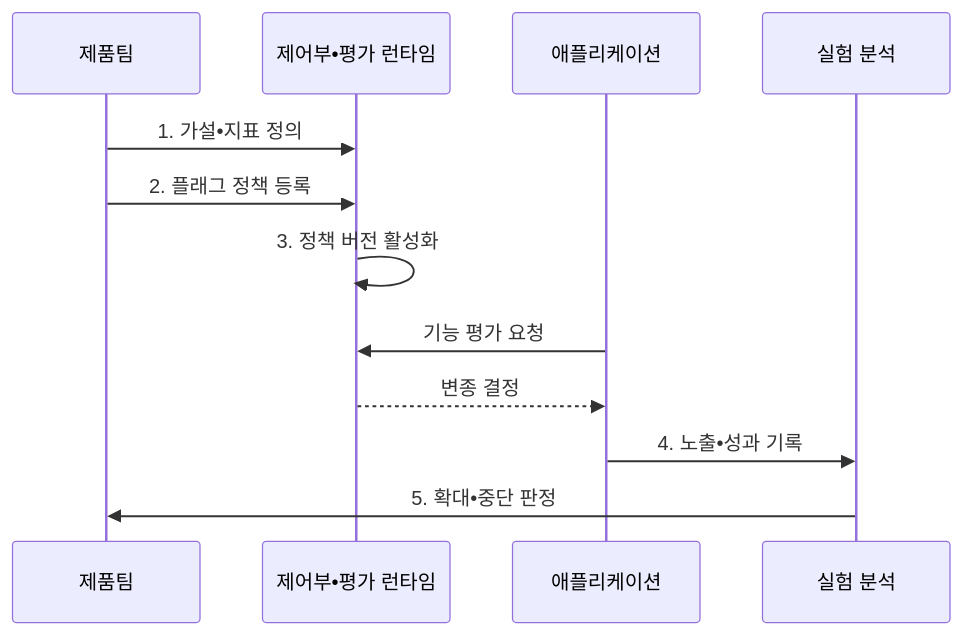
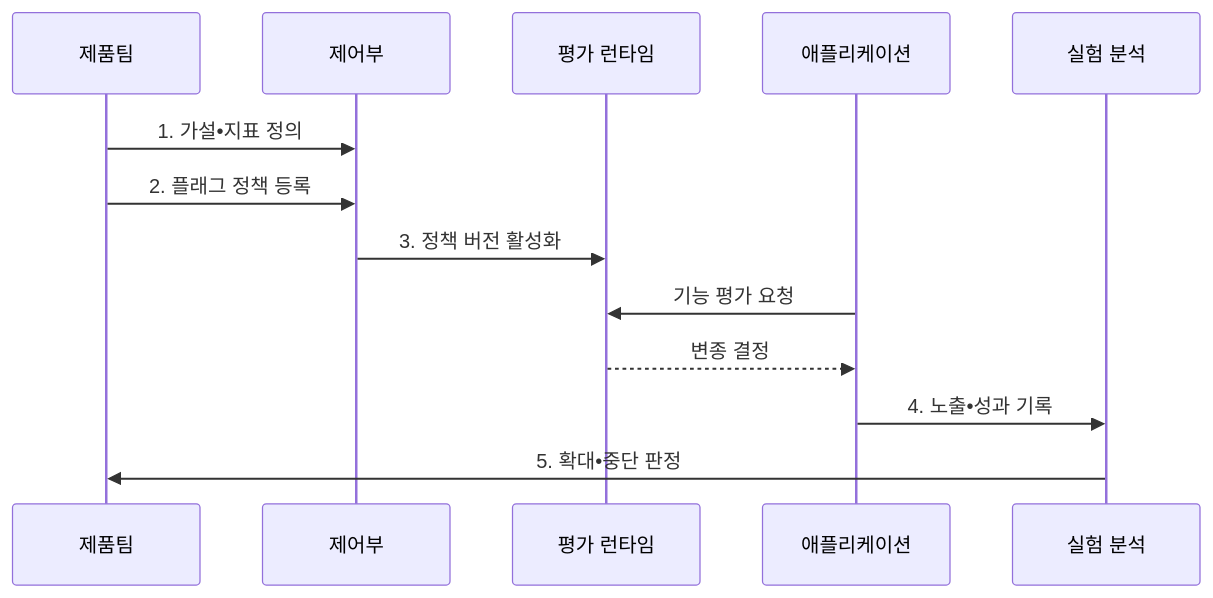
One commit to agnusdei1207/knowledge-base changed the second of 2 diagrams in src/content/docs/notes/03-software/220_feature_toggle_experimentation.md. Above: the diagram before and after it, drawn with Mermaid. The commit also changed other lines of this file and 14 other files, not shown here.

````diff
--- a/src/content/docs/notes/03-software/220_feature_toggle_experimentation.md
+++ b/src/content/docs/notes/03-software/220_feature_toggle_experimentation.md
@@ -104,14 +104,15 @@
 ```mermaid
 sequenceDiagram
     participant P as 제품팀
-    participant R as 제어부•평가 런타임
+    participant C as 제어부
+    participant R as 평가 런타임
     participant A as 애플리케이션
     participant X as 실험 분석
-    P->>R: 1. 가설•지표 정의
-    P->>R: 2. 플래그 정책 등록
-    R->>R: 3. 정책 버전 활성화
+    P->>C: 1. 가설•지표 정의
+    P->>C: 2. 플래그 정책 등록
+    C->>R: 3. 정책 버전 활성화
     A->>R: 기능 평가 요청
     R-->>A: 변종 결정
     A->>X: 4. 노출•성과 기록
     X->>P: 5. 확대•중단 판정
 ```
````
